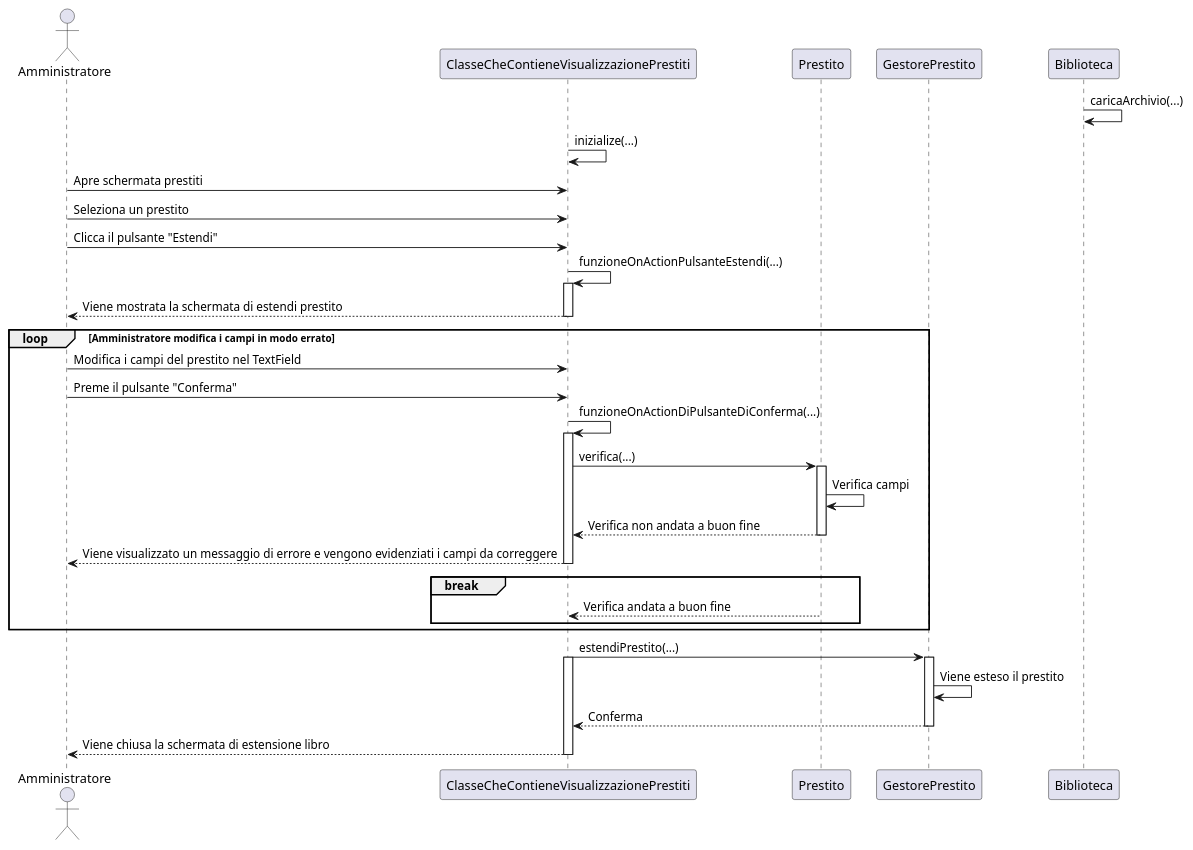
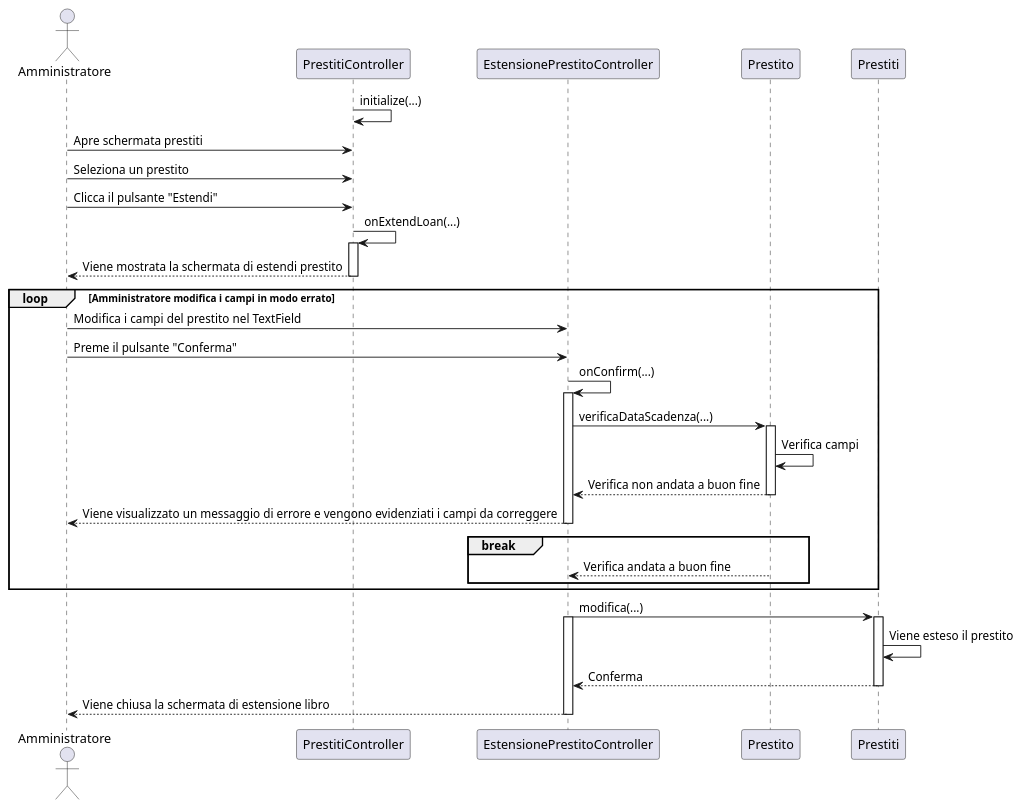
One commit to TitanVoid/ProgSE-Biblioteca changed the diagram in documents/DiagrammiUML/DiagrammiDiSequenza/diagrammaC15EstendiPrestito.puml. Above: the diagram before and after it, drawn with PlantUML. The commit also changed 21 other files, not shown here.

Commit message:
Aggiornamento diagrammi di sequenza

```diff
--- a/documents/DiagrammiUML/DiagrammiDiSequenza/diagrammaC15EstendiPrestito.puml
+++ b/documents/DiagrammiUML/DiagrammiDiSequenza/diagrammaC15EstendiPrestito.puml
@@ -1,48 +1,46 @@
 @startuml
 
 	actor Amministratore as a
-	participant ClasseCheContieneVisualizzazionePrestiti as cvp
+	participant PrestitiController as cvp
+	participant EstensionePrestitoController as epc
 	participant Prestito as p
-	participant GestorePrestito as gp
-	participant Biblioteca as b
+	participant Prestiti as gp
 
-	b->b: caricaArchivio(...)
-	cvp->cvp: inizialize(...)
+	cvp->cvp: initialize(...)
 	a->cvp: Apre schermata prestiti
 	a->cvp: Seleziona un prestito
-	
 	a->cvp: Clicca il pulsante "Estendi"
-	cvp->cvp: funzioneOnActionPulsanteEstendi(...)
+	cvp->cvp: onExtendLoan(...)
 	activate cvp
 		cvp --> "a": Viene mostrata la schermata di estendi prestito
 	deactivate cvp
 
 	'Amministratore modifica i campi in modo errato
 	loop Amministratore modifica i campi in modo errato
-		a->cvp: Modifica i campi del prestito nel TextField
-		a->cvp: Preme il pulsante "Conferma"
-		cvp->cvp: funzioneOnActionDiPulsanteDiConferma(...)
-		activate cvp
-			cvp->p: verifica(...)
+		a->epc: Modifica i campi del prestito nel TextField
+		a->epc: Preme il pulsante "Conferma"
+		epc->epc: onConfirm(...)
+		activate epc
+			epc->p: verificaDataScadenza(...)
 			activate p
 				p->p: Verifica campi
-				p --> cvp: Verifica non andata a buon fine
+				p --> epc: Verifica non andata a buon fine
 			deactivate p
-		cvp-->a: Viene visualizzato un messaggio di errore e vengono evidenziati i campi da correggere
-		deactivate cvp
+		epc-->a: Viene visualizzato un messaggio di errore e vengono evidenziati i campi da correggere
+		deactivate epc
 		'Condizione di uscita dal loop
 		break
-			p-->cvp: Verifica andata a buon fine
+			p-->epc: Verifica andata a buon fine
 		end
 	end
 
-	cvp->gp: estendiPrestito(...)
-	activate cvp
+	epc->gp: modifica(...)
+	activate epc
 		activate gp
 			gp->gp: Viene esteso il prestito
-			gp --> cvp: Conferma
+			gp --> epc: Conferma
 		deactivate gp
-	cvp --> a: Viene chiusa la schermata di estensione libro
-	deactivate cvp
+	epc --> a: Viene chiusa la schermata di estensione libro
+	deactivate epc
 
 @enduml
```
